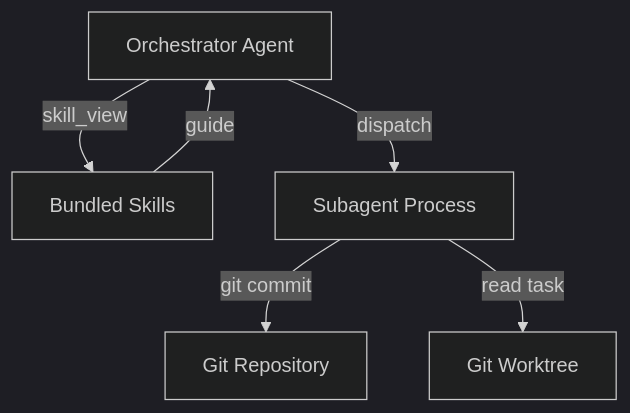
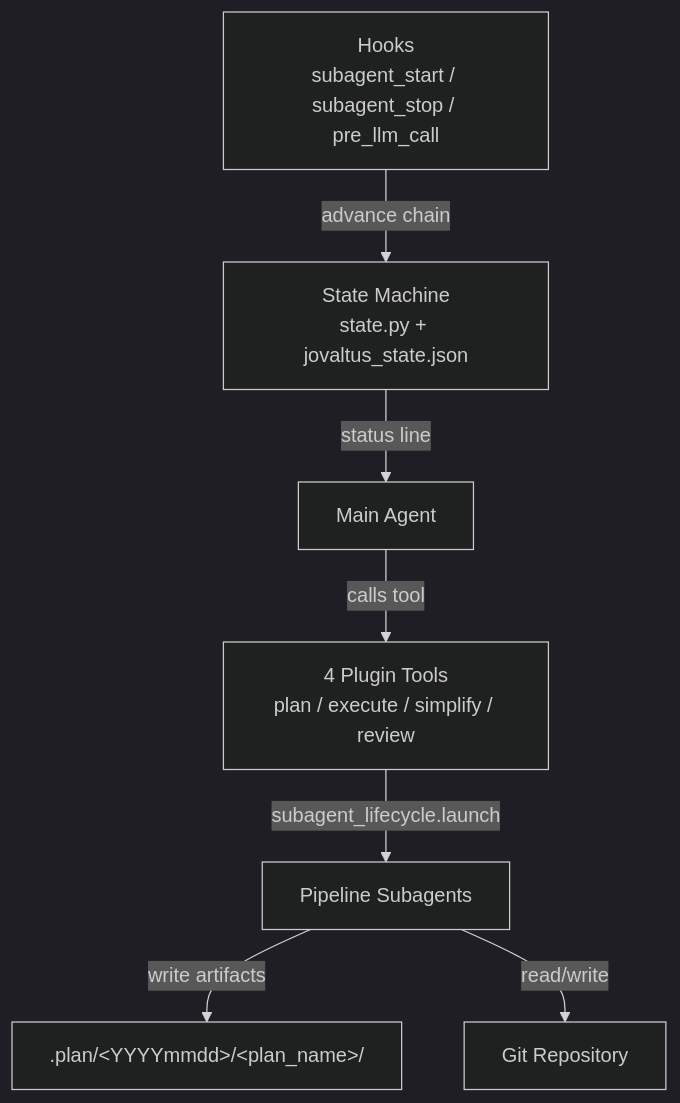
The first of 2 diagrams in docs/architecture.md (Uniterra-Solutions/jovaltus), drawn with Mermaid (dark theme) before and after one commit. The commit also changed other lines of this file and 10 other files, not shown here.

First line of the commit message:
docs: reflect subagent-driven v1.0.0 architecture in project docs

````diff
--- a/docs/architecture.md
+++ b/docs/architecture.md
@@ -9,8 +20,9 @@
 ```mermaid
 graph TD
-    Orchestrator[Orchestrator Agent] -->|skill_view| Skills[Bundled Skills]
-    Orchestrator -->|dispatch| Subagent[Subagent Process]
-    Subagent -->|git commit| Repo[Git Repository]
-    Skills -->|guide| Orchestrator
-    Subagent -->|read task| Worktree[Git Worktree]
+    Agent[Main Agent] -->|calls tool| Tools[4 Plugin Tools<br/>plan / execute / simplify / review]
+    Tools -->|subagent_lifecycle.launch| Sub[Pipeline Subagents]
+    Hooks[Hooks<br/>subagent_start / subagent_stop / pre_llm_call] -->|advance chain| State[State Machine<br/>state.py + jovaltus_state.json]
+    State -->|status line| Agent
+    Sub -->|write artifacts| RunDir[.plan/&lt;YYYYmmdd&gt;/&lt;plan_name&gt;/]
+    Sub -->|read/write| Repo[Git Repository]
 ```
````
